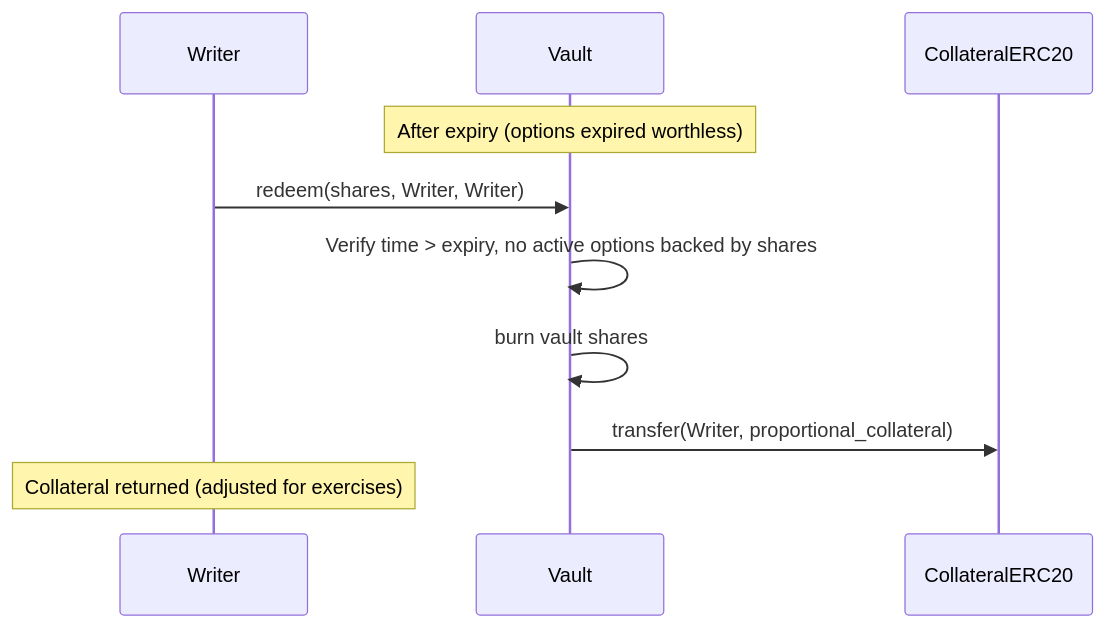
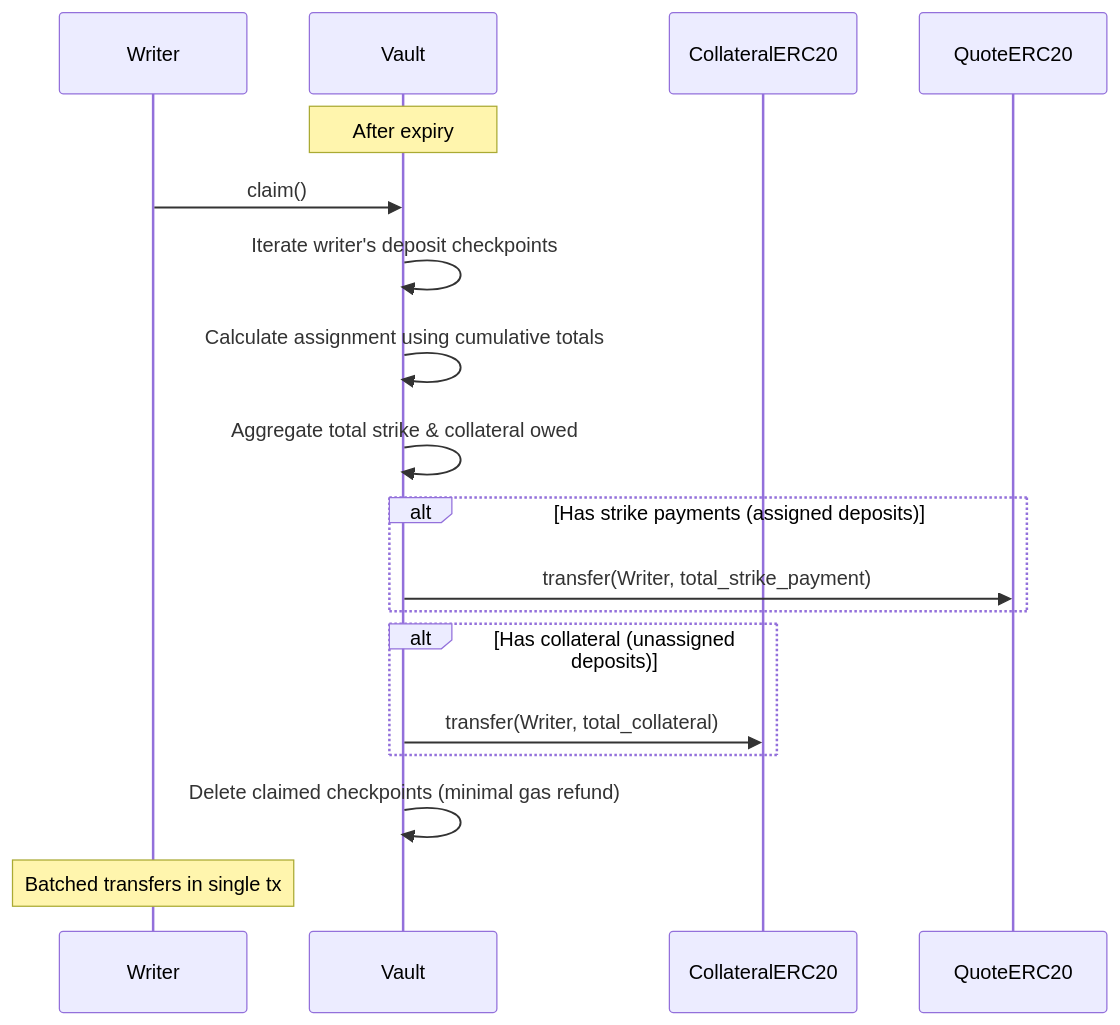
The seventh of 8 diagrams in SPEC.md (0xgleb/optional), drawn with Mermaid before and after one commit. The commit also changed other lines of this file, not shown here.

````diff
--- a/SPEC.md
+++ b/SPEC.md
@@ -455,14 +480,25 @@
 ```mermaid
 sequenceDiagram
     participant Writer
     participant Vault
     participant CollateralERC20
+    participant QuoteERC20
 
-    Note over Vault: After expiry (options expired worthless)
-    Writer->>Vault: redeem(shares, Writer, Writer)
-    Vault->>Vault: Verify time > expiry, no active options backed by shares
-    Vault->>Vault: burn vault shares
-    Vault->>CollateralERC20: transfer(Writer, proportional_collateral)
+    Note over Vault: After expiry
+    Writer->>Vault: claim()
+    Vault->>Vault: Iterate writer's deposit checkpoints
+    Vault->>Vault: Calculate assignment using cumulative totals
+    Vault->>Vault: Aggregate total strike & collateral owed
 
-    Note over Writer: Collateral returned (adjusted for exercises)
+    alt Has strike payments (assigned deposits)
+        Vault->>QuoteERC20: transfer(Writer, total_strike_payment)
+    end
+
+    alt Has collateral (unassigned deposits)
+        Vault->>CollateralERC20: transfer(Writer, total_collateral)
+    end
+
+    Vault->>Vault: Delete claimed checkpoints (minimal gas refund)
+
+    Note over Writer: Batched transfers in single tx
 ```
````
